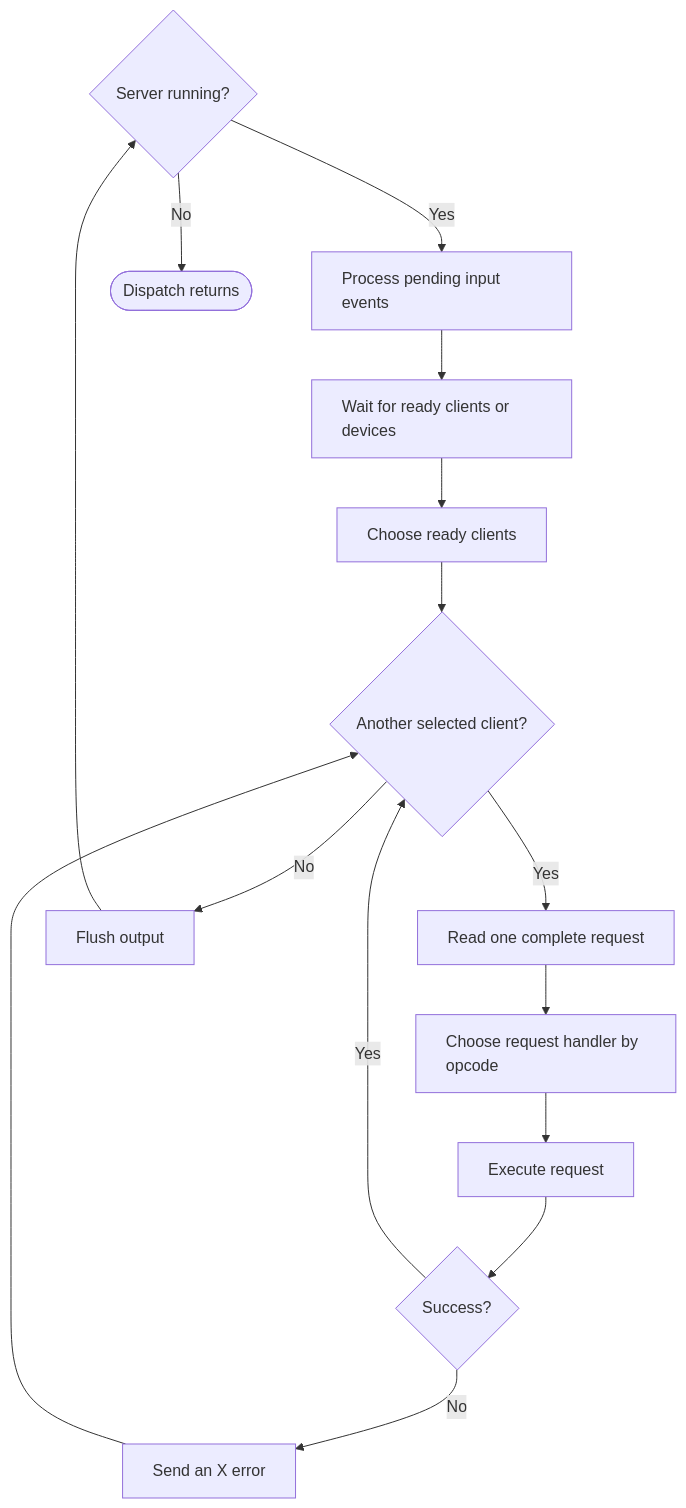
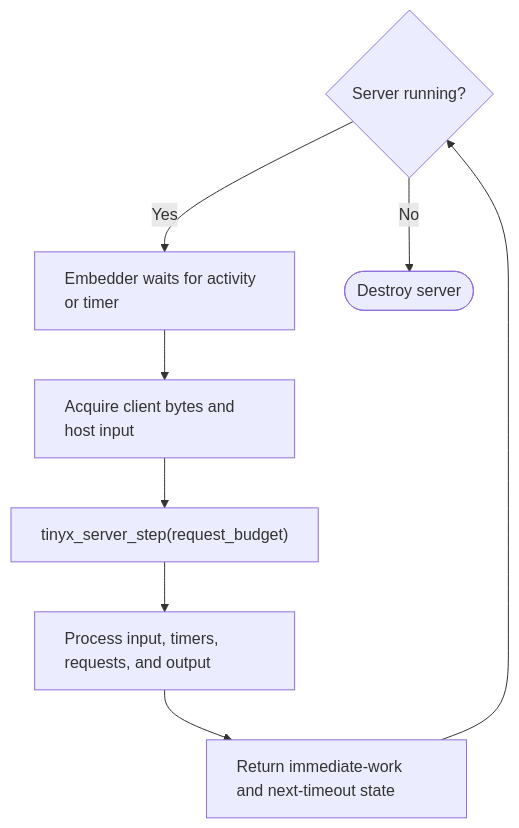
One commit to pgavlin/tinyx changed the fifth of 8 diagrams in docs/architecture.md. Above: the diagram before and after it, drawn with Mermaid. The commit also changed other lines of this file and 16 other files, not shown here.

````diff
--- a/docs/architecture.md
+++ b/docs/architecture.md
@@ -441,25 +422,16 @@
 ```mermaid
 flowchart TD
     running{"Server running?"}
-    input["Process pending input events"]
-    wait["Wait for ready clients or devices"]
-    choose["Choose ready clients"]
-    next{"Another selected client?"}
-    read["Read one complete request"]
-    handler["Choose request handler by opcode"]
-    execute["Execute request"]
-    result{"Success?"}
-    error["Send an X error"]
-    flush["Flush output"]
-    done(["Dispatch returns"])
+    wait["Embedder waits for activity or timer"]
+    acquire["Acquire client bytes and host input"]
+    step["tinyx_server_step(request_budget)"]
+    pending["Process input, timers, requests, and output"]
+    report["Return immediate-work and next-timeout state"]
+    done(["Destroy server"])
 
-    running -->|Yes| input --> wait --> choose --> next
-    next -->|Yes| read --> handler --> execute --> result
-    result -->|No| error --> next
-    result -->|Yes| next
-    next -->|No| flush --> running
+    running -->|Yes| wait --> acquire --> step --> pending --> report --> running
     running -->|No| done
 
     classDef prose text-align:left
-    class running,input,wait,choose,next,read,handler,execute,result,error,flush,done prose
+    class running,wait,acquire,step,pending,report,done prose
 ```
````
